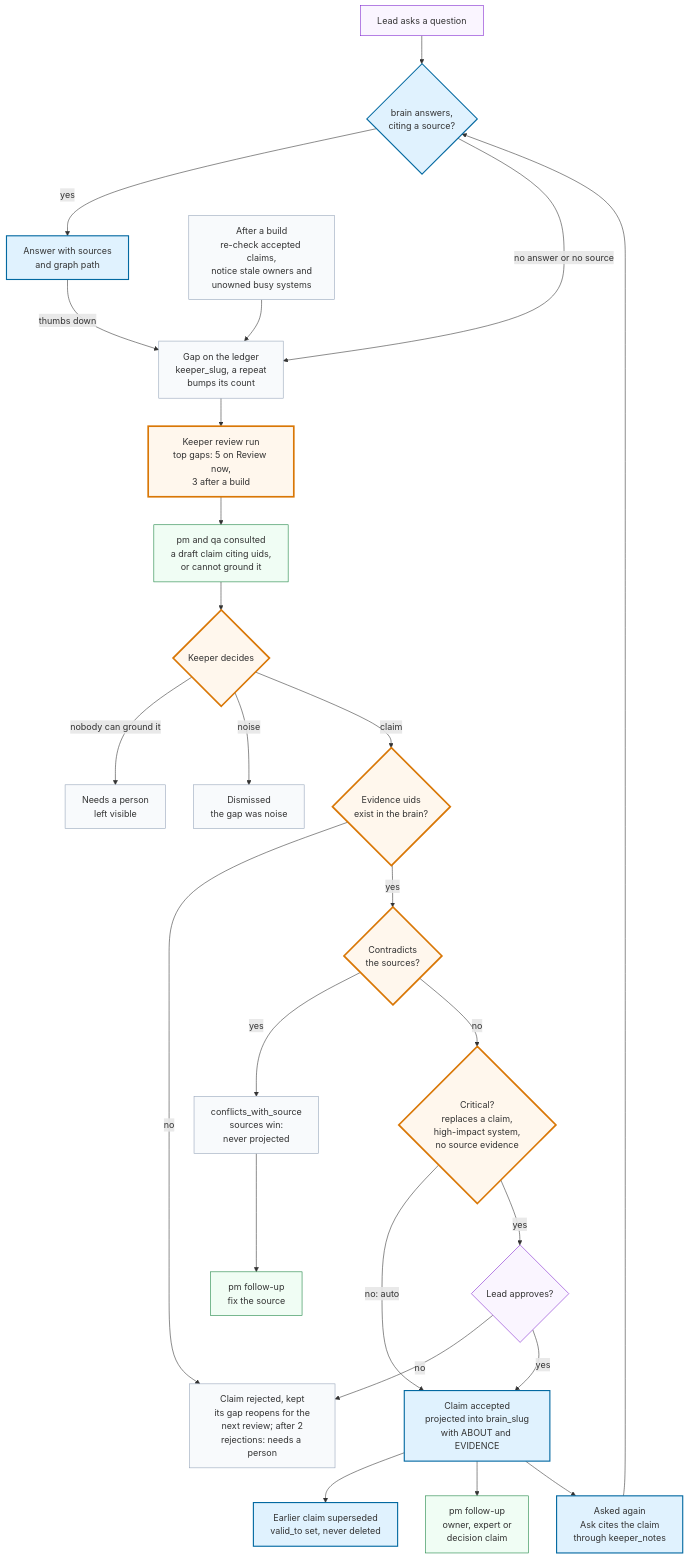
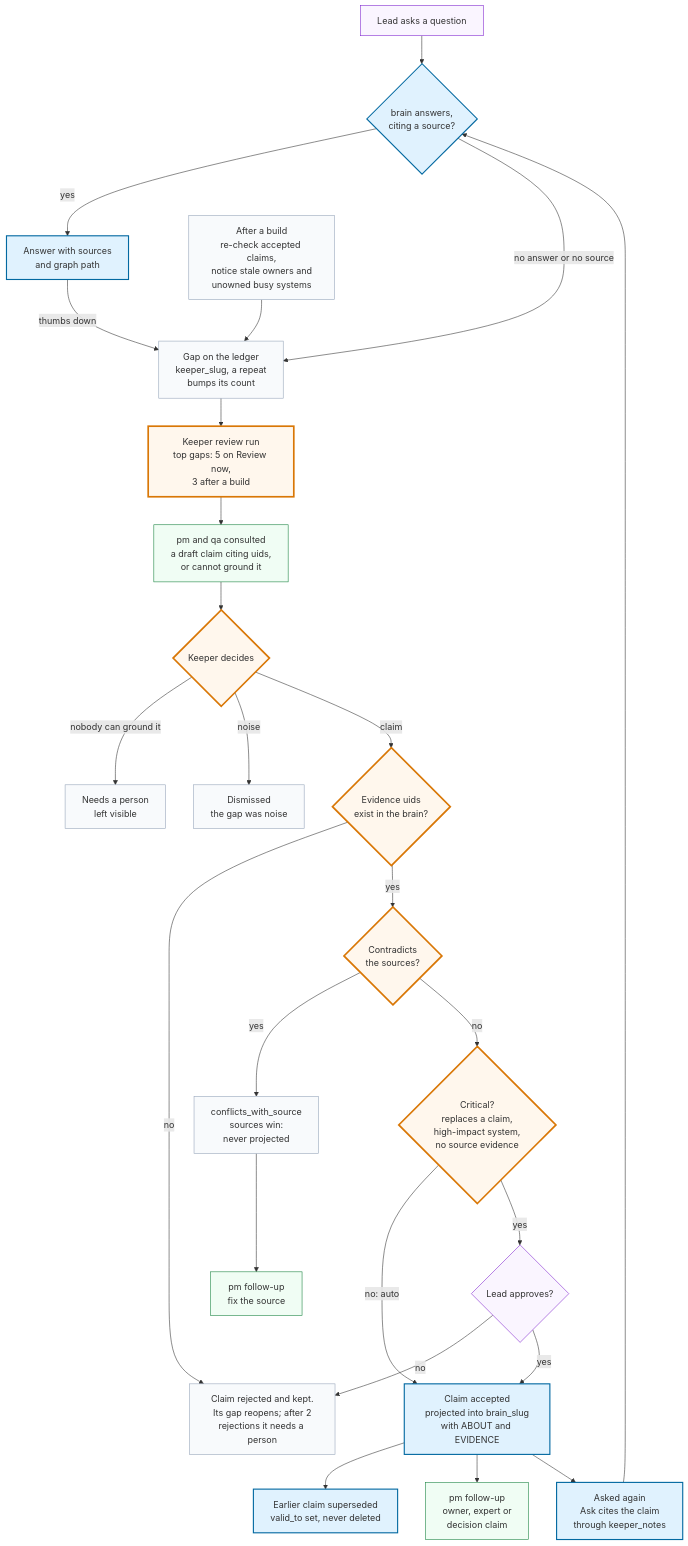
One commit to himanshu634/citadel changed the diagram in docs/architecture/self-healing-loop.mmd. Above: the diagram before and after it, drawn with Mermaid. The commit also changed 5 other files, not shown here.

```diff
--- a/docs/architecture/self-healing-loop.mmd
+++ b/docs/architecture/self-healing-loop.mmd
@@ -1,58 +1,58 @@
 graph TD
   Q["Lead asks a question"]
   ANS{"brain answers,<br/>citing a source?"}
   OK["Answer with sources<br/>and graph path"]
   NOTICE["After a build<br/>re-check accepted claims,<br/>notice stale owners and<br/>unowned busy systems"]
   GAP["Gap on the ledger<br/>keeper_slug, a repeat<br/>bumps its count"]
   PICK["Keeper review run<br/>top gaps: 5 on Review now,<br/>3 after a build"]
   CONSULT["pm and qa consulted<br/>a draft claim citing uids,<br/>or cannot ground it"]
   DECIDE{"Keeper decides"}
   PERSON["Needs a person<br/>left visible"]
   DISMISS["Dismissed<br/>the gap was noise"]
   EVID{"Evidence uids<br/>exist in the brain?"}
-  REJ["Claim rejected, kept<br/>its gap reopens for the<br/>next review; after 2<br/>rejections: needs a person"]
+  REJ["Claim rejected and kept.<br/>Its gap reopens; after 2<br/>rejections it needs a person"]
   SRCW{"Contradicts<br/>the sources?"}
   CONF["conflicts_with_source<br/>sources win:<br/>never projected"]
   FIX["pm follow-up<br/>fix the source"]
   CRIT{"Critical?<br/>replaces a claim,<br/>high-impact system,<br/>no source evidence"}
   LEAD{"Lead approves?"}
   ACC["Claim accepted<br/>projected into brain_slug<br/>with ABOUT and EVIDENCE"]
   OLD["Earlier claim superseded<br/>valid_to set, never deleted"]
   FU["pm follow-up<br/>owner, expert or<br/>decision claim"]
   REASK["Asked again<br/>Ask cites the claim<br/>through keeper_notes"]
 
   Q --> ANS
   ANS -->|yes| OK
   ANS -->|"no answer or no source"| GAP
   OK -->|"thumbs down"| GAP
   NOTICE --> GAP
   GAP --> PICK
   PICK --> CONSULT
   CONSULT --> DECIDE
   DECIDE -->|"nobody can ground it"| PERSON
   DECIDE -->|noise| DISMISS
   DECIDE -->|claim| EVID
   EVID -->|no| REJ
   EVID -->|yes| SRCW
   SRCW -->|yes| CONF
   CONF --> FIX
   SRCW -->|no| CRIT
   CRIT -->|"no: auto"| ACC
   CRIT -->|yes| LEAD
   LEAD -->|no| REJ
   LEAD -->|yes| ACC
   ACC --> OLD
   ACC --> FU
   ACC --> REASK
   REASK --> ANS
 
   classDef keeper fill:#fff7ed,stroke:#d97706,stroke-width:3px
   classDef brain fill:#e0f2fe,stroke:#0369a1,stroke-width:2px
   classDef agent fill:#f0fdf4,stroke:#15803d
   classDef person fill:#faf5ff,stroke:#7e22ce
   classDef thin fill:#f8fafc,stroke:#94a3b8
   class PICK,DECIDE,EVID,SRCW,CRIT keeper
   class ANS,OK,ACC,OLD,REASK brain
   class CONSULT,FIX,FU agent
   class Q,LEAD person
   class GAP,NOTICE,PERSON,DISMISS,REJ,CONF thin
```
